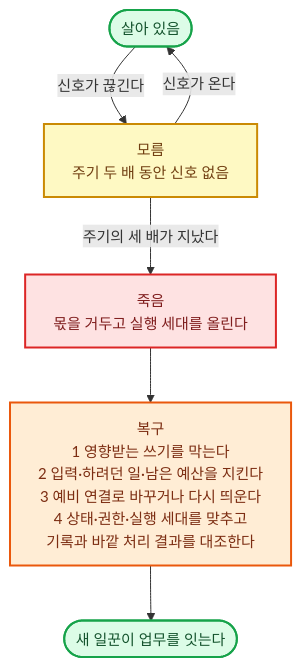
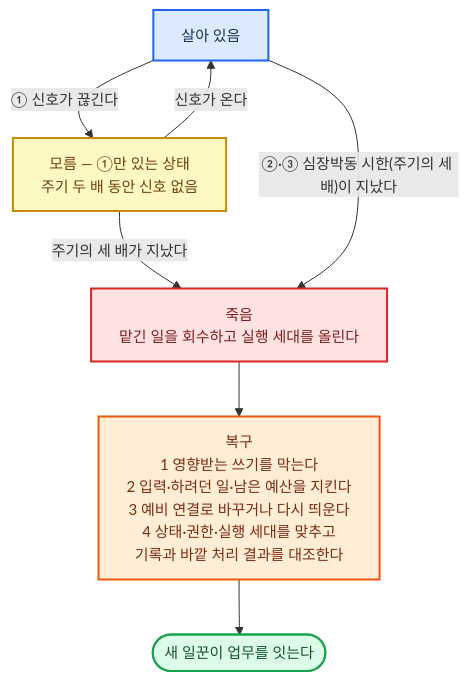
Before and after one commit to harisbaguette/expert: the second of 26 diagrams in 전문가 에이전트 정의 2.md, drawn with Mermaid. The commit also changed other lines of this file and 7 other files, not shown here.

````diff
--- a/전문가 에이전트 정의 2.md
+++ b/전문가 에이전트 정의 2.md
@@ -165,17 +245,19 @@
 ```mermaid
 %%{init: {"flowchart": {"wrappingWidth": 640, "curve": "basis", "nodeSpacing": 45, "rankSpacing": 55, "padding": 14, "useMaxWidth": true}, "themeVariables": {"fontSize": "15px"}} }%%
 flowchart TB
-    A(["살아 있음"]):::good
-    U["모름<br/>주기 두 배 동안 신호 없음"]:::note
-    D["죽음<br/>몫을 거두고 실행 세대를 올린다"]:::stop
+    A["살아 있음"]:::main
+    U["모름 — ①만 있는 상태<br/>주기 두 배 동안 신호 없음"]:::note
+    D["죽음<br/>맡긴 일을 회수하고 실행 세대를 올린다"]:::stop
     R["복구<br/>1 영향받는 쓰기를 막는다<br/>2 입력·하려던 일·남은 예산을 지킨다<br/>3 예비 연결로 바꾸거나 다시 띄운다<br/>4 상태·권한·실행 세대를 맞추고<br/>기록과 바깥 처리 결과를 대조한다"]:::back
     N(["새 일꾼이 업무를 잇는다"]):::good
-    A -- "신호가 끊긴다" --> U
+    A -- "① 신호가 끊긴다" --> U
     U -- "신호가 온다" --> A
     U -- "주기의 세 배가 지났다" --> D
+    A -- "②·③ 심장박동 시한(주기의 세 배)이 지났다" --> D
     D --> R --> N
+    classDef main fill:#dbeafe,stroke:#2563eb,stroke-width:2px,color:#17314f
     classDef good fill:#dcfce7,stroke:#16a34a,stroke-width:2px,color:#14532d
     classDef note fill:#fef9c3,stroke:#ca8a04,stroke-width:2px,color:#713f12
     classDef stop fill:#fee2e2,stroke:#dc2626,stroke-width:2px,color:#7f1d1d
     classDef back fill:#ffedd5,stroke:#ea580c,stroke-width:2px,color:#7c2d12
 ```
````
